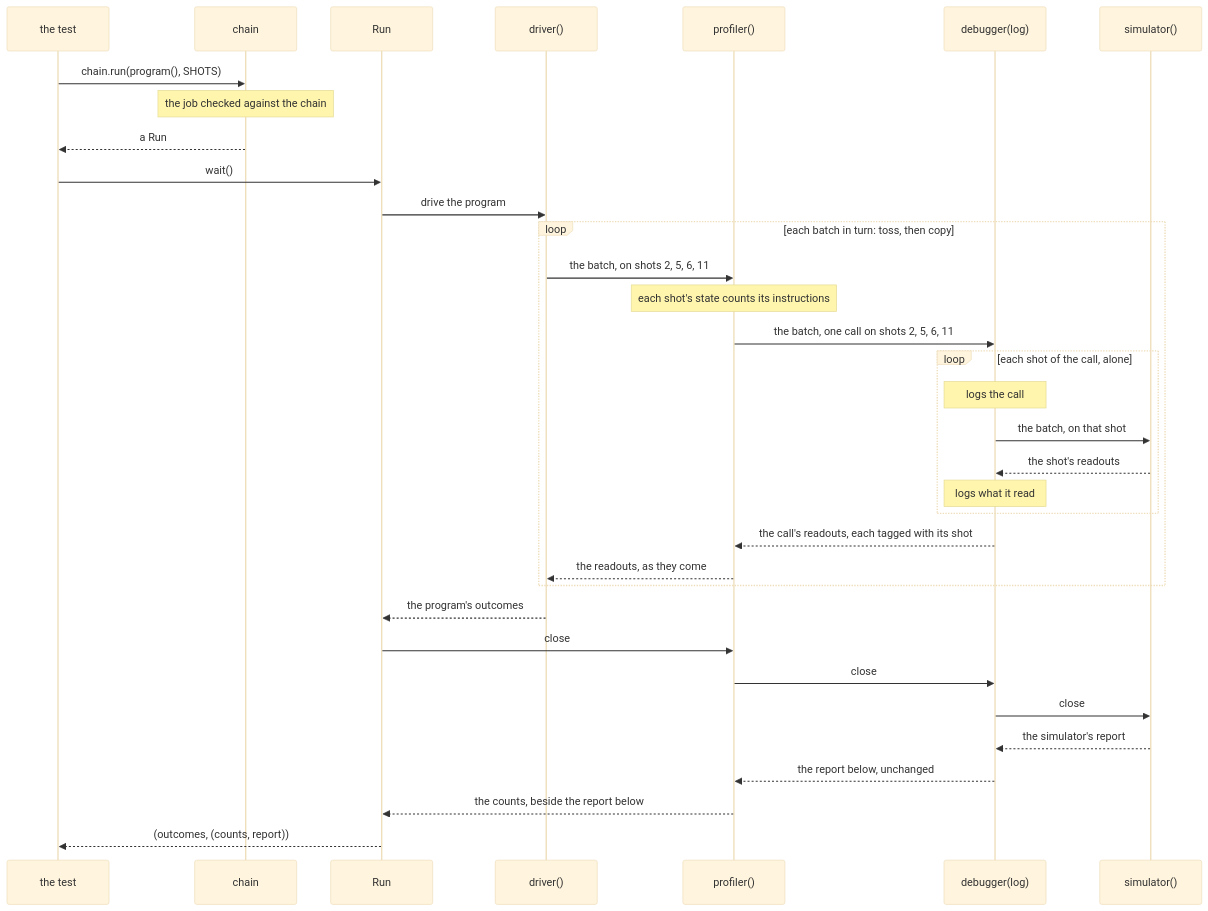
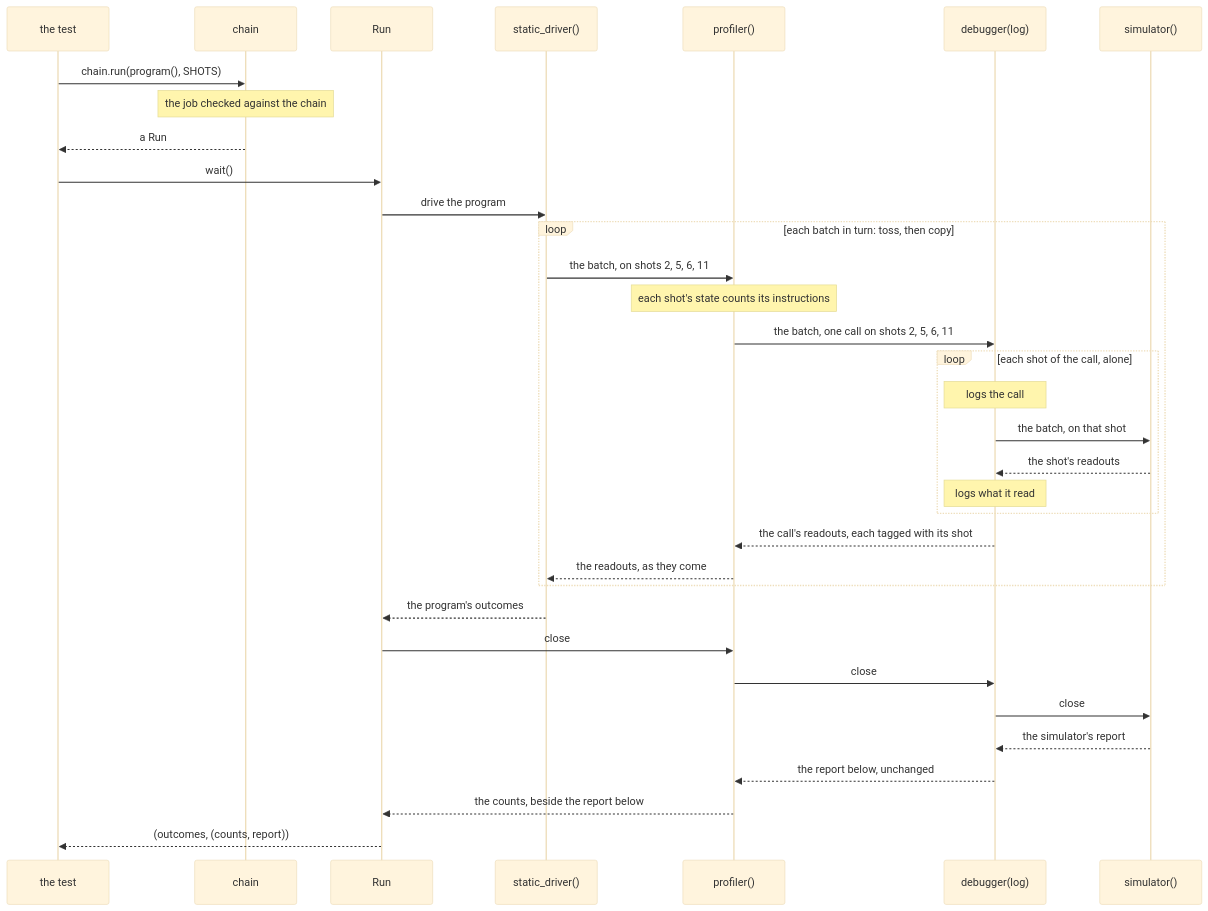
The second of 2 diagrams in source/executor_protocol/README.md (microsoft/qdk), drawn with Mermaid (base theme) before and after one commit. The commit also changed other lines of this file and 41 other files, not shown here.

````diff
--- a/source/executor_protocol/README.md
+++ b/source/executor_protocol/README.md
@@ -229,36 +229,36 @@
 ```mermaid
 sequenceDiagram
   participant T as the test
   participant C as chain
   participant R as Run
-  participant I as driver()
+  participant I as static_driver()
   participant P as profiler()
   participant D as debugger(log)
   participant S as simulator()
   T->>C: chain.run(program(), SHOTS)
   Note over C: the job checked against the chain
   C-->>T: a Run
   T->>R: wait()
   R->>I: drive the program
   loop each batch in turn: toss, then copy
     I->>P: the batch, on shots 2, 5, 6, 11
     Note over P: each shot's state counts its instructions
     P->>D: the batch, one call on shots 2, 5, 6, 11
     loop each shot of the call, alone
       Note over D: logs the call
       D->>S: the batch, on that shot
       S-->>D: the shot's readouts
       Note over D: logs what it read
     end
     D-->>P: the call's readouts, each tagged with its shot
     P-->>I: the readouts, as they come
   end
   I-->>R: the program's outcomes
   R->>P: close
   P->>D: close
   D->>S: close
   S-->>D: the simulator's report
   D-->>P: the report below, unchanged
   P-->>R: the counts, beside the report below
   R-->>T: (outcomes, (counts, report))
 ```
````
